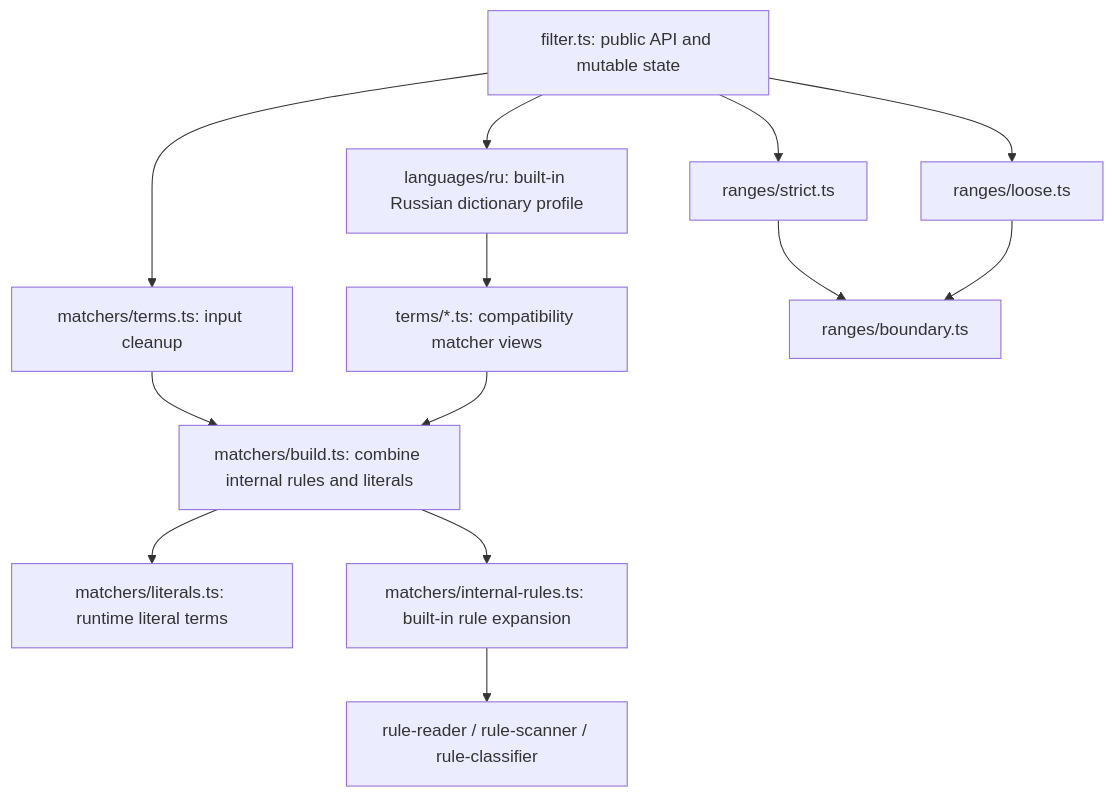
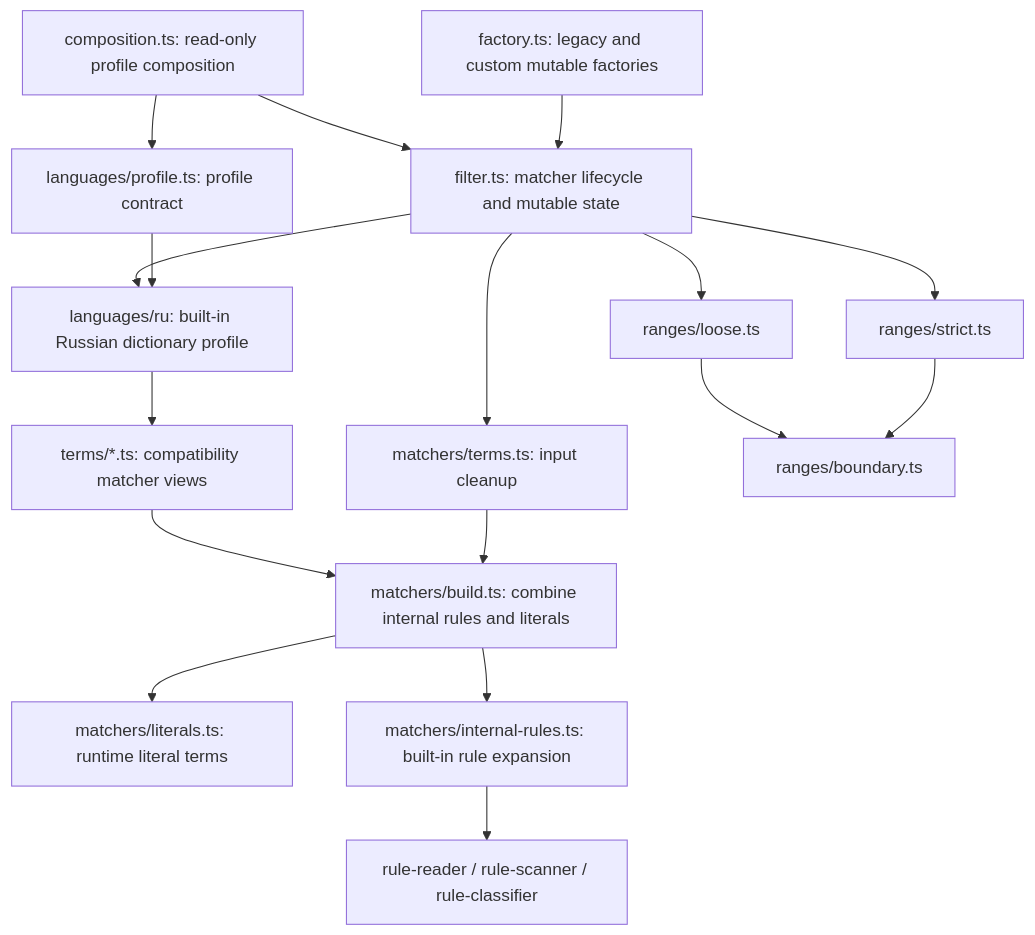
One commit to textfilters/textfilters changed the fourth of 4 diagrams in docs/architecture.md. Above: the diagram before and after it, drawn with Mermaid. The commit also changed other lines of this file and 36 other files, not shown here.

````diff
--- a/docs/architecture.md
+++ b/docs/architecture.md
@@ -152,15 +176,19 @@
 ```mermaid
 flowchart TD
-  API["filter.ts: public API and mutable state"] --> Terms["matchers/terms.ts: input cleanup"]
+  Factory["factory.ts: legacy and custom mutable factories"] --> API["filter.ts: matcher lifecycle and mutable state"]
+  Composer["composition.ts: read-only profile composition"] --> Profiles["languages/profile.ts: profile contract"]
+  Composer --> API
+  Profiles --> Languages
+  API --> Terms["matchers/terms.ts: input cleanup"]
   API --> Languages["languages/ru: built-in Russian dictionary profile"]
   Languages --> TermsLoaders["terms/*.ts: compatibility matcher views"]
   Terms --> Build["matchers/build.ts: combine internal rules and literals"]
   TermsLoaders --> Build
   Build --> Literal["matchers/literals.ts: runtime literal terms"]
   Build --> Internal["matchers/internal-rules.ts: built-in rule expansion"]
   Internal --> RuleHelpers["rule-reader / rule-scanner / rule-classifier"]
   API --> StrictRanges["ranges/strict.ts"]
   API --> LooseRanges["ranges/loose.ts"]
   StrictRanges --> Boundary["ranges/boundary.ts"]
   LooseRanges --> Boundary
 ```
````
